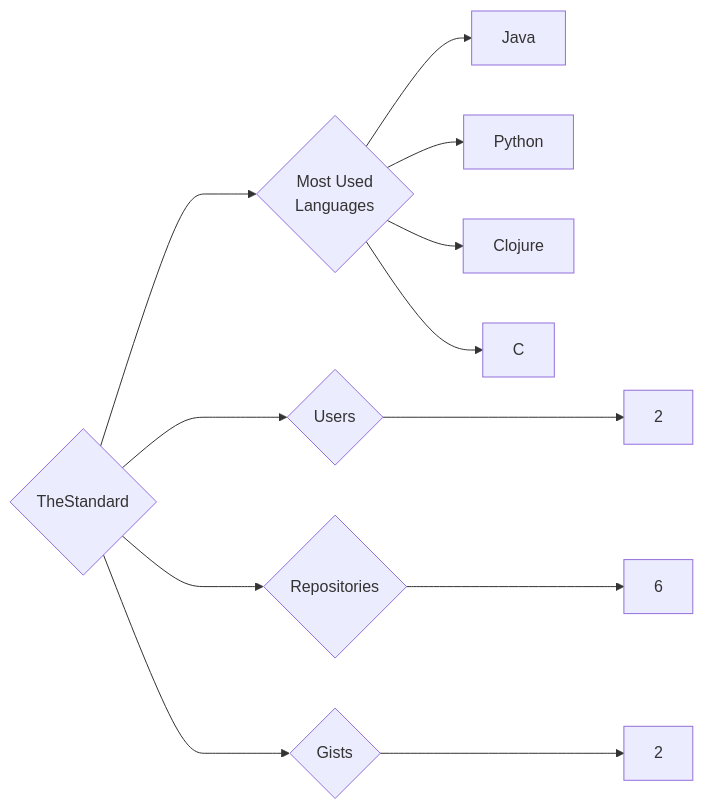
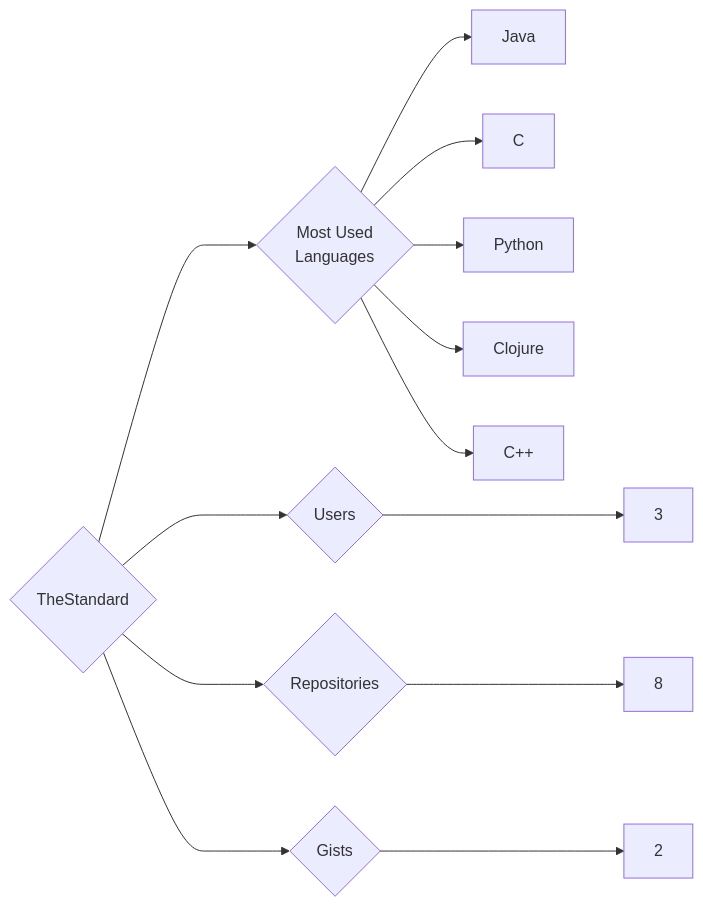
One commit to trickest/insiders changed the diagram in targets/TheStandard/README.md. Above: the diagram before and after it, drawn with Mermaid. The commit also changed 534 other files, not shown here.

````diff
--- a/targets/TheStandard/README.md
+++ b/targets/TheStandard/README.md
@@ -3,12 +3,13 @@
 ```mermaid
 graph LR
 COMPANY_NAME{TheStandard}
-COMPANY_NAME ---> U{Users} ---> UN[2]
-COMPANY_NAME ---> R{Repositories} ---> RN[6]
+COMPANY_NAME ---> U{Users} ---> UN[3]
+COMPANY_NAME ---> R{Repositories} ---> RN[8]
 COMPANY_NAME ---> G{Gists} ---> GN[2]
 COMPANY_NAME ---> ML{Most Used<br>Languages}
 ML --> Java[Java]
+ML --> C[C]
 ML --> Python[Python]
 ML --> Clojure[Clojure]
-ML --> C[C]
+ML --> C++[C++]
 ```
````
